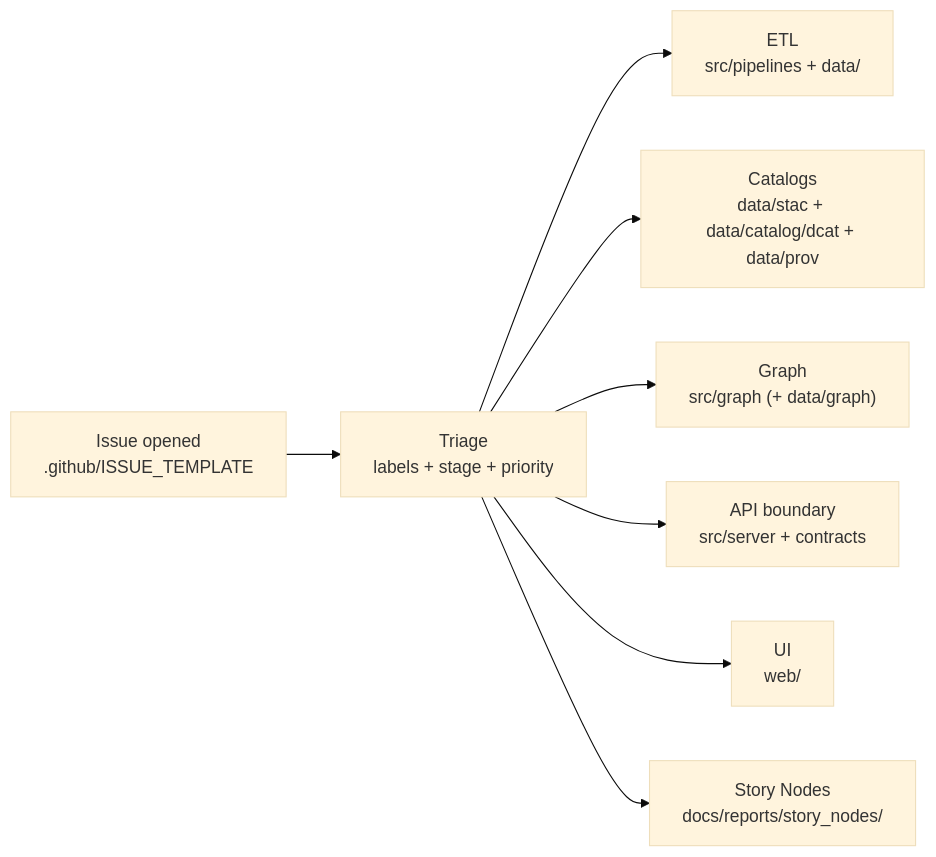
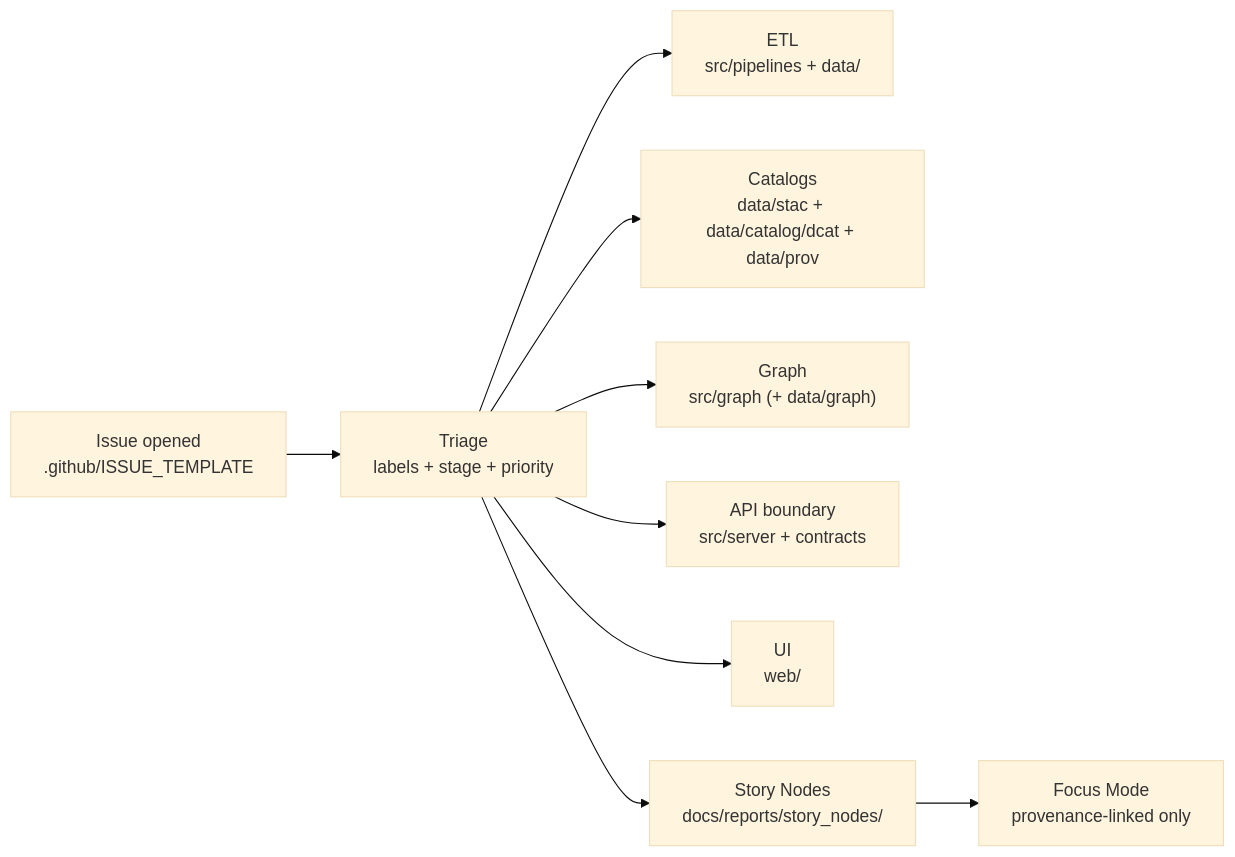
One commit to bartytime4life/Kansas-Frontier-Matrix changed the diagram in .github/ISSUE_TEMPLATE/README.md. Above: the diagram before and after it, drawn with Mermaid (base theme). The commit also changed other lines of this file, not shown here.

```diff
--- a/.github/ISSUE_TEMPLATE/README.md
+++ b/.github/ISSUE_TEMPLATE/README.md
@@ -199,10 +228,11 @@
 ~~~mermaid
 flowchart LR
   I["Issue opened<br/>.github/ISSUE_TEMPLATE"] --> T["Triage<br/>labels + stage + priority"]
   T --> S1["ETL<br/>src/pipelines + data/<domain>"]
   T --> S2["Catalogs<br/>data/stac + data/catalog/dcat + data/prov"]
   T --> S3["Graph<br/>src/graph (+ data/graph)"]
   T --> S4["API boundary<br/>src/server + contracts"]
   T --> S5["UI<br/>web/"]
   T --> S6["Story Nodes<br/>docs/reports/story_nodes/"]
+  S6 --> S7["Focus Mode<br/>provenance-linked only"]
 ~~~
```
